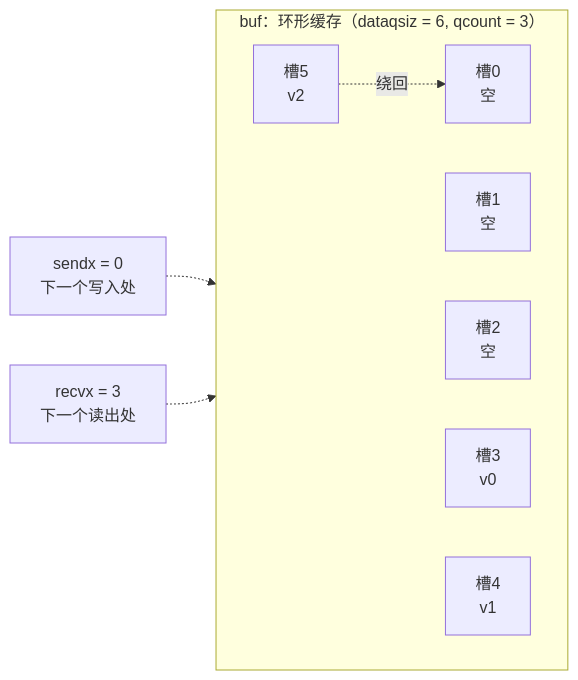
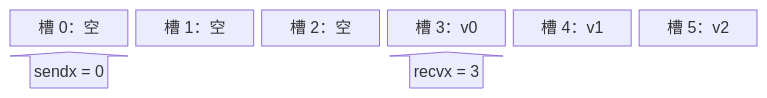
Before and after one commit to golang-design/under-the-hood: the diagram in book/zh-cn/part3concurrency/ch10chan/impl.md, drawn with Mermaid. The commit also changed other lines of this file and 7 other files, not shown here.

````diff
--- a/book/zh-cn/part3concurrency/ch10chan/impl.md
+++ b/book/zh-cn/part3concurrency/ch10chan/impl.md
@@ -81,15 +80,6 @@
 ```mermaid
-flowchart LR
-    subgraph BUF["buf：环形缓存（dataqsiz = 6, qcount = 3）"]
-        direction LR
-        S0["槽0<br/>空"]
-        S1["槽1<br/>空"]
-        S2["槽2<br/>空"]
-        S3["槽3<br/>v0"]
-        S4["槽4<br/>v1"]
-        S5["槽5<br/>v2"]
-    end
-    SENDX["sendx = 0<br/>下一个写入处"] -.-> S0
-    RECVX["recvx = 3<br/>下一个读出处"] -.-> S3
-    S5 -.->|"绕回"| S0
+block-beta
+  columns 6
+  s0["槽 0：空"] s1["槽 1：空"] s2["槽 2：空"] s3["槽 3：v0"] s4["槽 4：v1"] s5["槽 5：v2"]
+  a0<["sendx = 0"]>(up) space:2 a3<["recvx = 3"]>(up) space:2
 ```
````
